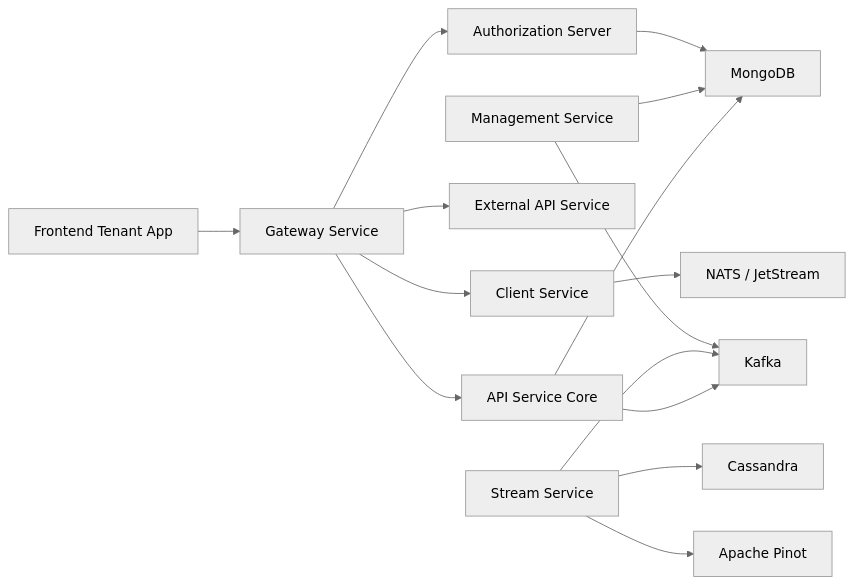
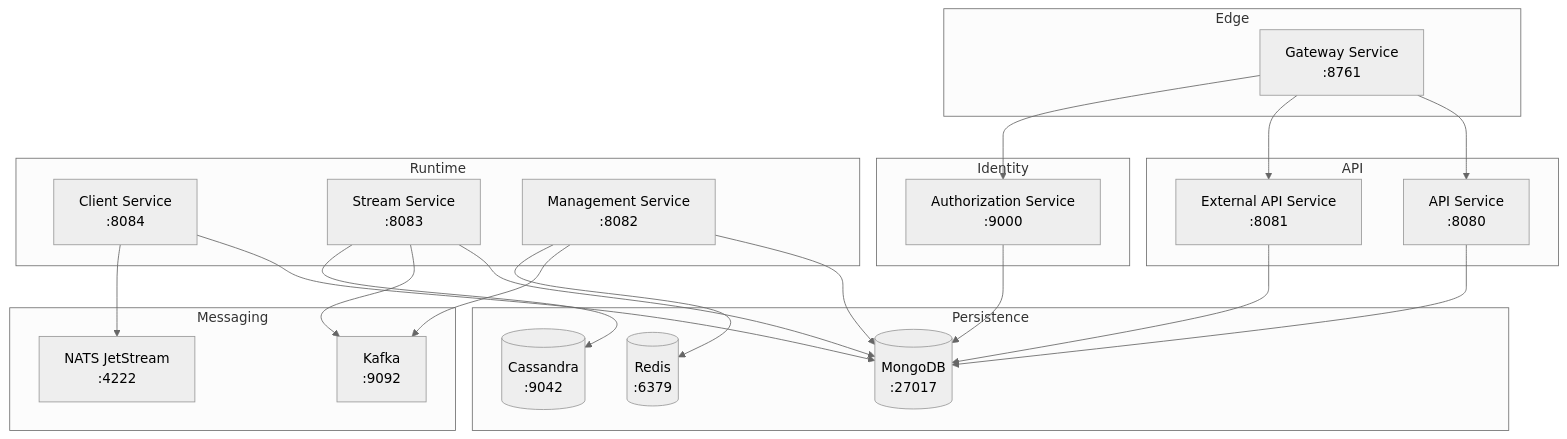
One commit to flamingo-stack/openframe-oss-tenant changed the diagram in README.md. Above: the diagram before and after it, drawn with Mermaid (neutral theme). The commit also changed other lines of this file and 2 other files, not shown here.

````diff
--- a/README.md
+++ b/README.md
@@ -58,22 +53,50 @@
 ```mermaid
-flowchart LR
-    User[Frontend Tenant App] --> Gateway[Gateway Service]
-    
-    Gateway --> Auth[Authorization Server]
-    Gateway --> Api[API Service Core]
-    Gateway --> ExternalApi[External API Service]
-    Gateway --> ClientSvc[Client Service]
-    
-    Api --> Mongo[MongoDB]
-    Api --> Kafka[Kafka]
-    
-    Stream[Stream Service] --> Kafka
-    Stream --> Cassandra[Cassandra]
-    Stream --> Pinot[Apache Pinot]
-    
-    Management[Management Service] --> Mongo
+flowchart TD
+    subgraph Edge
+        Gateway[Gateway Service<br/>:8761]
+    end
+
+    subgraph Identity
+        Authz[Authorization Service<br/>:9000]
+    end
+
+    subgraph API
+        Api[API Service<br/>:8080]
+        ExternalApi[External API Service<br/>:8081]
+    end
+
+    subgraph Runtime
+        Client[Client Service<br/>:8084]
+        Stream[Stream Service<br/>:8083]
+        Management[Management Service<br/>:8082]
+    end
+
+    subgraph Persistence
+        Mongo[(MongoDB<br/>:27017)]
+        Cassandra[(Cassandra<br/>:9042)]
+        Redis[(Redis<br/>:6379)]
+    end
+
+    subgraph Messaging
+        Kafka[Kafka<br/>:9092]
+        Nats[NATS JetStream<br/>:4222]
+    end
+
+    Gateway --> Api
+    Gateway --> ExternalApi
+    Gateway --> Authz
+
+    Api --> Mongo
+    ExternalApi --> Mongo
+    Authz --> Mongo
+    Client --> Mongo
+    Management --> Mongo
+    Stream --> Mongo
+
+    Stream --> Kafka
+    Client --> Nats
     Management --> Kafka
-    
-    Auth --> Mongo
-    ClientSvc --> NATS[NATS / JetStream]
+
+    Stream --> Cassandra
+    Management --> Redis
 ```
````
